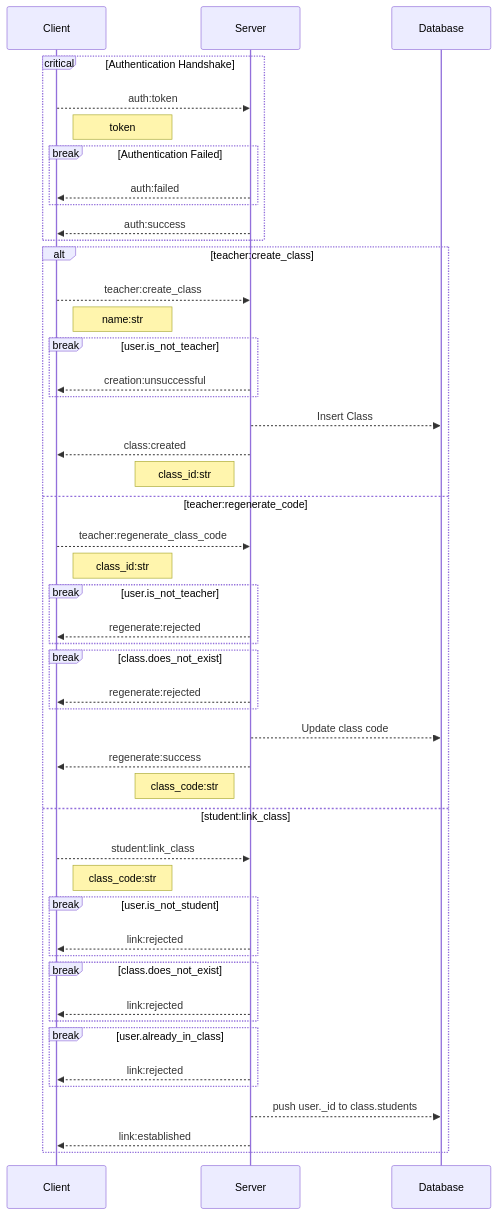
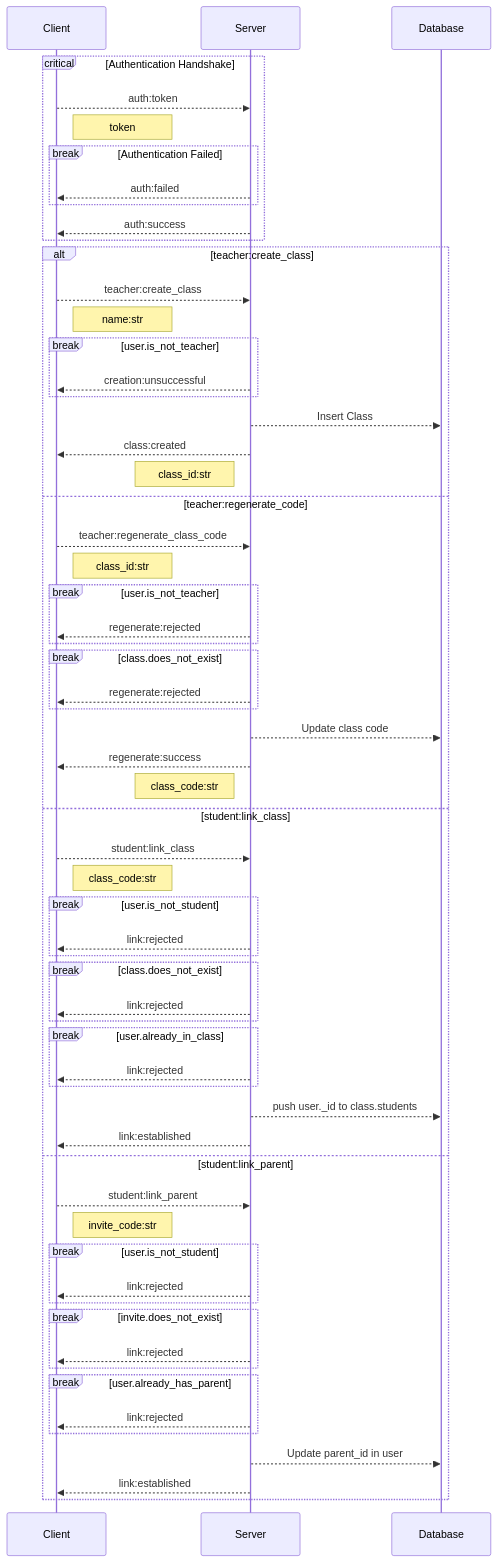
The diagram in packages/backend/api/account/link/README.md (Amaan-Dhanani/DriveHenrico), drawn with Mermaid before and after one commit. The commit also changed 3 other files, not shown here.

Commit message:
feat(link): student:link_parent structure

````diff
--- a/packages/backend/api/account/link/README.md
+++ b/packages/backend/api/account/link/README.md
@@ -71,5 +71,25 @@
 
         Server -->> Client: link:established
 
+    else student:link_parent
+        Client -->> Server: student:link_parent
+        Note right of Client: invite_code:str
+    
+        break user.is_not_student
+            Server -->> Client: link:rejected
+        end 
+    
+        break invite.does_not_exist
+            Server -->> Client: link:rejected
+        end
+    
+        break user.already_has_parent
+            Server -->> Client: link:rejected
+        end
+    
+        Server -->> Database: Update parent_id in user
+    
+        Server -->> Client: link:established
+
     end
 ```
````
